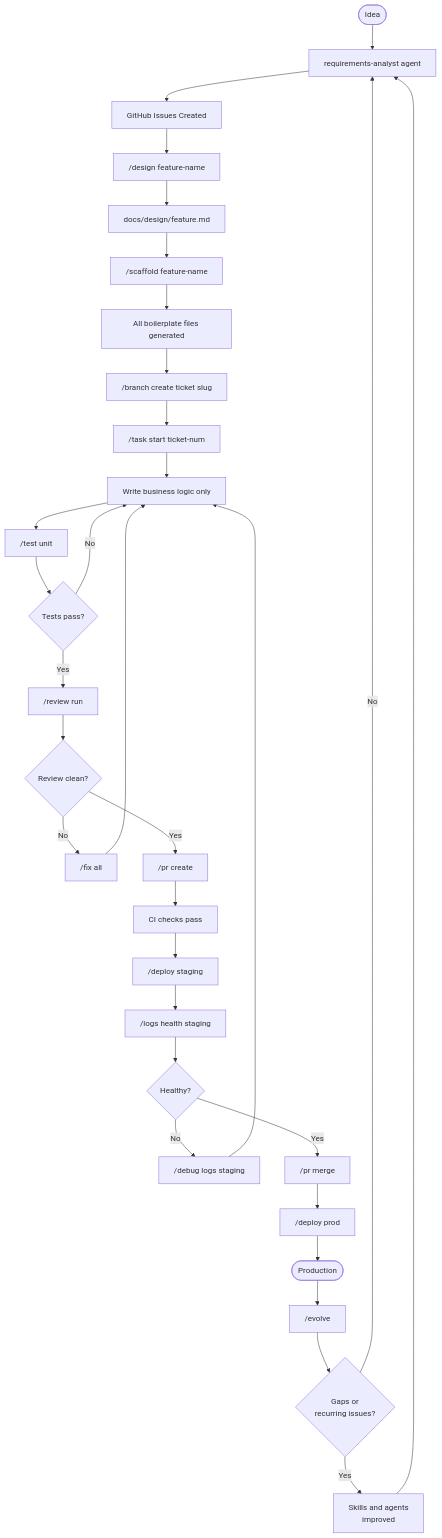
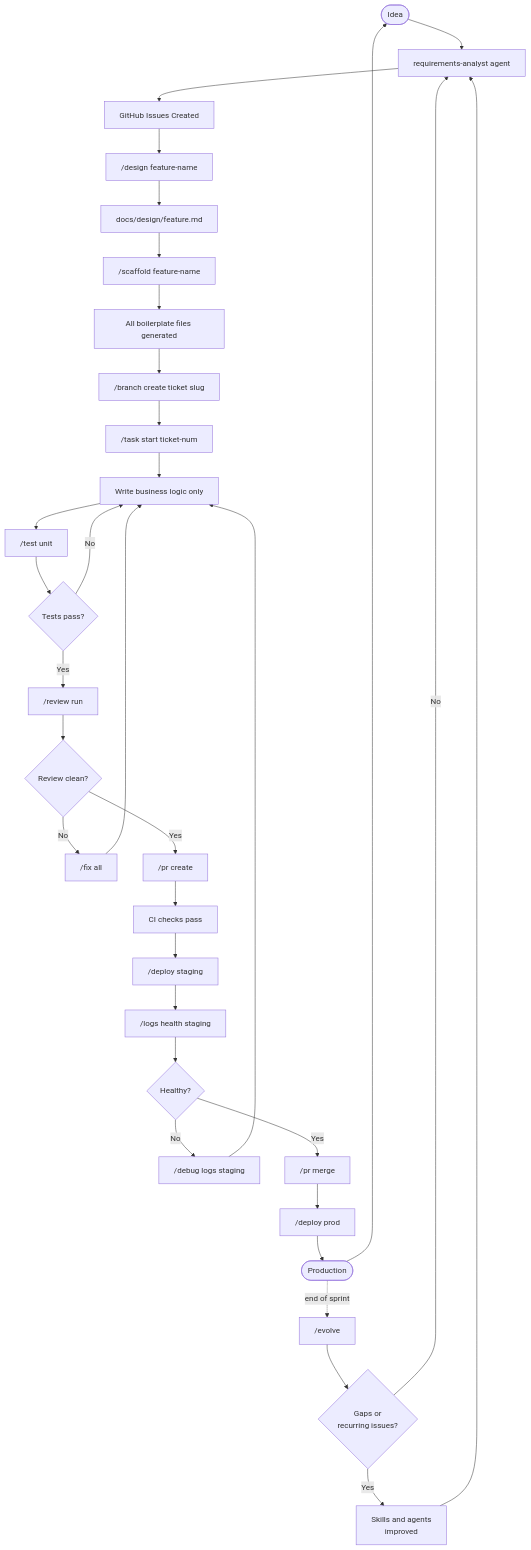
One commit to manikumarkv/devrunway-claude-plugin changed the first of 11 diagrams in README.md. Above: the diagram before and after it, drawn with Mermaid.

Commit message:
fix(readme): move /evolve to optional end-of-sprint branch
Production now loops directly back to Idea for the next feature.
/evolve branches off with a dashed arrow labelled "end of sprint"
so it's clearly periodic, not required after every deploy.

````diff
--- a/README.md
+++ b/README.md
@@ -19,34 +19,35 @@
 ```mermaid
 flowchart TD
     A([Idea]) --> B[requirements-analyst agent]
     B --> C[GitHub Issues Created]
     C --> D["/design feature-name"]
     D --> E["docs/design/feature.md"]
     E --> F["/scaffold feature-name"]
     F --> G[All boilerplate files generated]
     G --> H["/branch create ticket slug"]
     H --> I["/task start ticket-num"]
     I --> J[Write business logic only]
     J --> K["/test unit"]
     K --> L{Tests pass?}
     L -- No --> J
     L -- Yes --> M["/review run"]
     M --> N{Review clean?}
     N -- No --> O["/fix all"]
     O --> J
     N -- Yes --> P["/pr create"]
     P --> Q[CI checks pass]
     Q --> R["/deploy staging"]
     R --> S["/logs health staging"]
     S --> T{Healthy?}
     T -- No --> U["/debug logs staging"]
     U --> J
     T -- Yes --> V["/pr merge"]
     V --> W["/deploy prod"]
     W --> X([Production])
-    X --> Y["/evolve"]
+    X --> A
+    X -.->|"end of sprint"| Y["/evolve"]
     Y --> Z{Gaps or\nrecurring issues?}
     Z -- Yes --> AA[Skills and agents\nimproved]
     AA --> B
     Z -- No --> B
 ```
````
